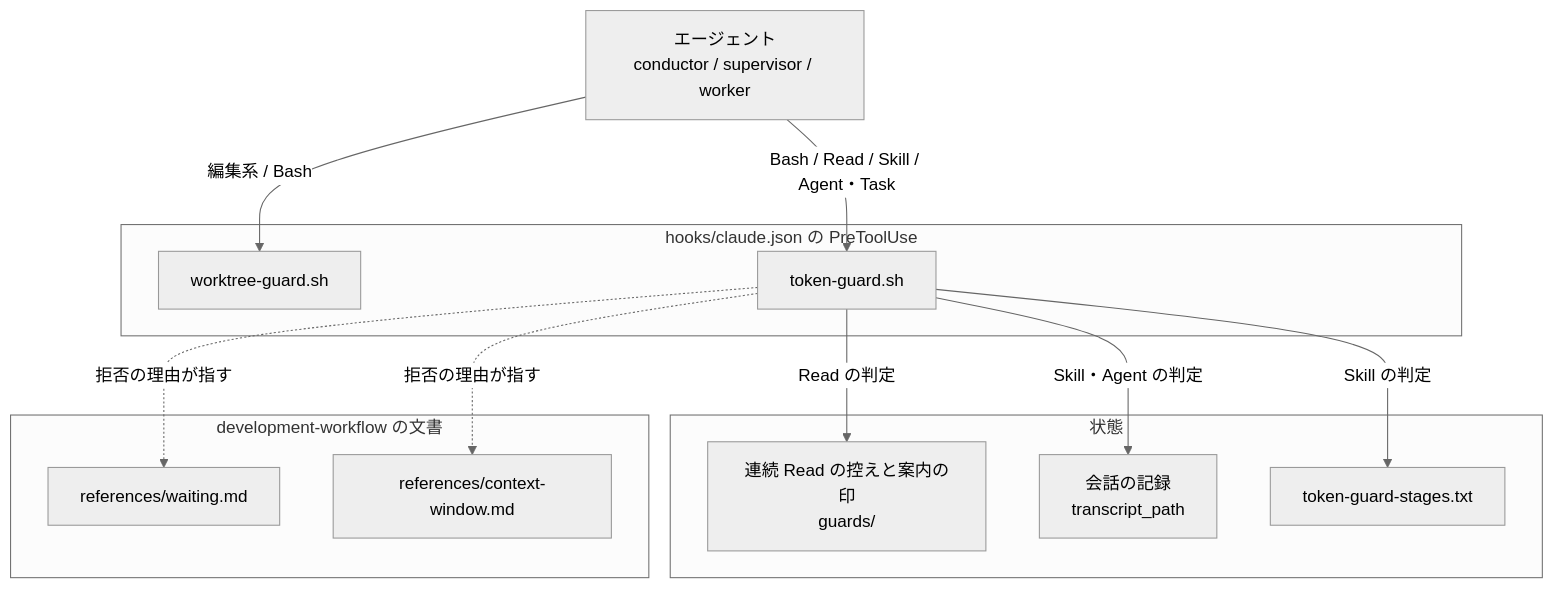
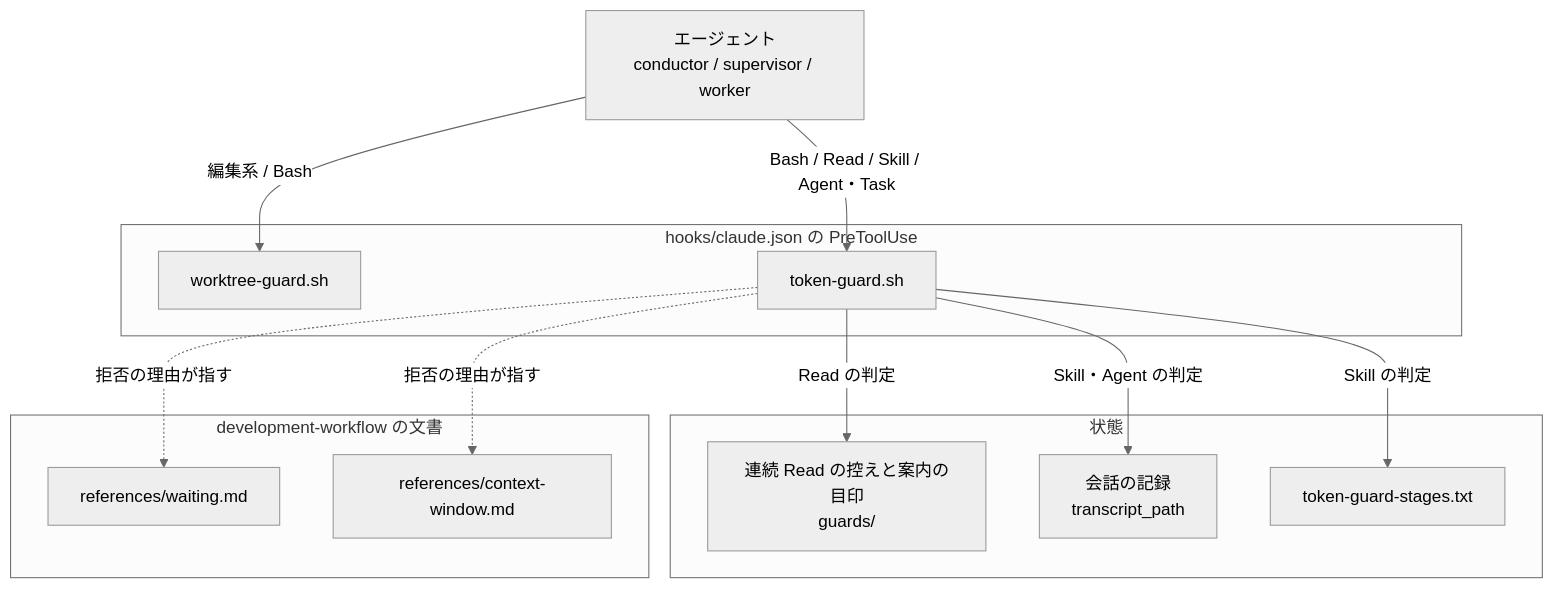
Before and after one commit to devbasex/ai-plugins: the diagram in docs/specifications/ndf-token-waits-and-context-cut.md, drawn with Mermaid (neutral theme). The commit also changed other lines of this file and 120 other files, not shown here.

First line of the commit message:
Refactor: 印を合図・承認ラベル・危険フラグ・目印へ分ける（#1107）

````diff
--- a/docs/specifications/ndf-token-waits-and-context-cut.md
+++ b/docs/specifications/ndf-token-waits-and-context-cut.md
@@ -67,24 +67,24 @@
 ```mermaid
 graph TB
   AG["エージェント<br/>conductor / supervisor / worker"]
   subgraph HK["hooks/claude.json の PreToolUse"]
     WG["worktree-guard.sh"]
     TG["token-guard.sh"]
   end
   subgraph ST["状態"]
-    RS["連続 Read の控えと案内の印<br/>guards/"]
+    RS["連続 Read の控えと案内の目印<br/>guards/"]
     TR["会話の記録<br/>transcript_path"]
     SL["token-guard-stages.txt"]
   end
   subgraph DOC["development-workflow の文書"]
     WT["references/waiting.md"]
     CW["references/context-window.md"]
   end
   AG -->|"Bash / Read / Skill / Agent・Task"| TG
   AG -->|"編集系 / Bash"| WG
   TG -->|"Read の判定"| RS
   TG -->|"Skill・Agent の判定"| TR
   TG -->|"Skill の判定"| SL
   TG -. "拒否の理由が指す" .-> WT
   TG -. "拒否の理由が指す" .-> CW
 ```
````
